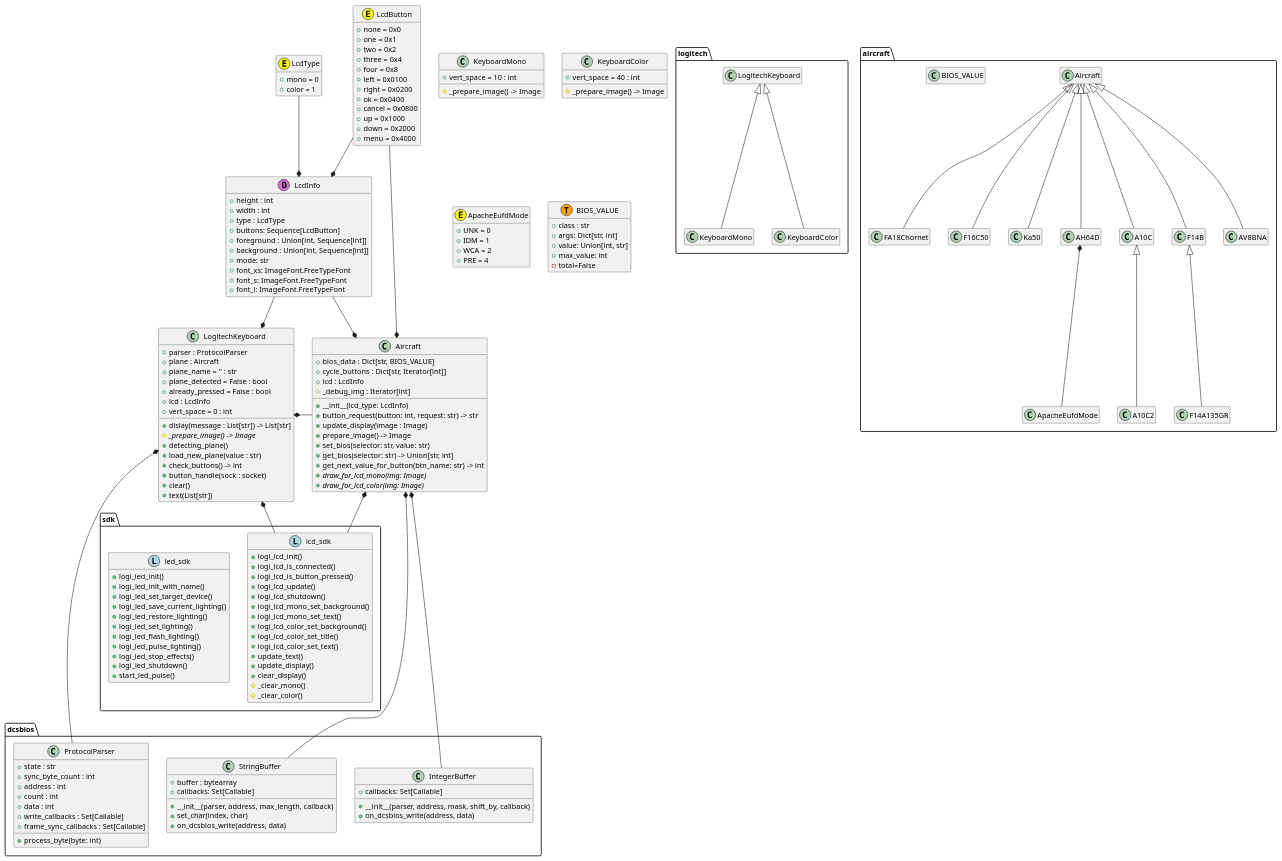
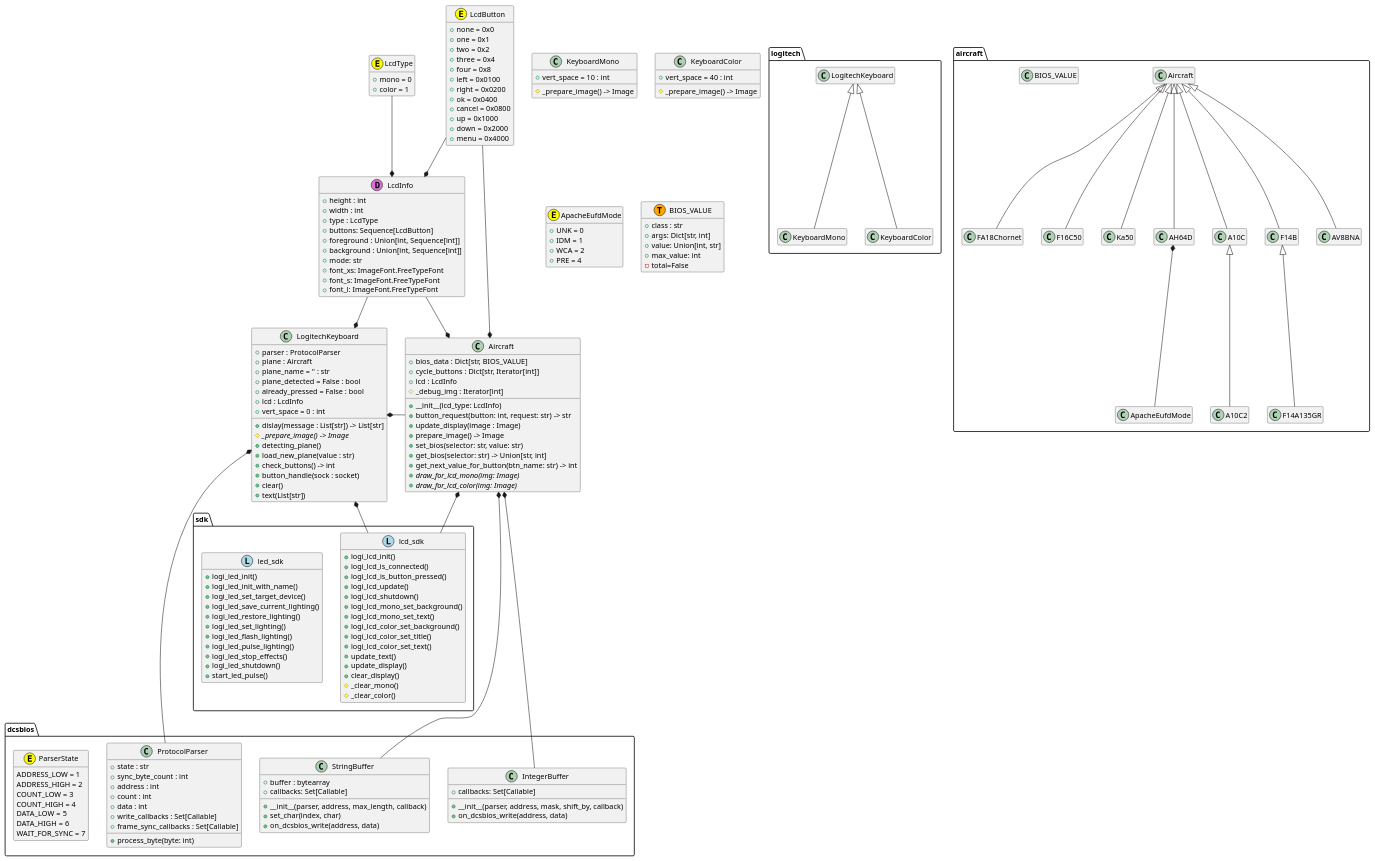
Before and after one commit to emcek/dcspy: the diagram in uml/classes.puml, drawn with PlantUML.

Commit message:
update UML

```diff
--- a/uml/classes.puml
+++ b/uml/classes.puml
@@ -1,188 +1,197 @@
 @startuml
 hide empty members
 
 package dcsbios {
     class ProtocolParser {
         + state : str
         + sync_byte_count : int
         + address : int
         + count : int
         + data : int
         + write_callbacks : Set[Callable]
         + frame_sync_callbacks : Set[Callable]
         + process_byte(byte: int)
     }
 
     class StringBuffer {
         + buffer : bytearray
         + callbacks: Set[Callable]
         + __init__(parser, address, max_length, callback)
         + set_char(index, char)
         + on_dcsbios_write(address, data)
     }
 
     class IntegerBuffer {
         + callbacks: Set[Callable]
         + __init__(parser, address, mask, shift_by, callback)
         + on_dcsbios_write(address, data)
+    }
+    class ParserState <<(E,yellow)>> {
+        ADDRESS_LOW = 1
+        ADDRESS_HIGH = 2
+        COUNT_LOW = 3
+        COUNT_HIGH = 4
+        DATA_LOW = 5
+        DATA_HIGH = 6
+        WAIT_FOR_SYNC = 7
     }
 }
 
 package logitech {
     LogitechKeyboard <|-- KeyboardMono
     LogitechKeyboard <|-- KeyboardColor
 }
 
 class LogitechKeyboard {
     + parser : ProtocolParser
     + plane : Aircraft
     + plane_name = '' : str
     + plane_detected = False : bool
     + already_pressed = False : bool
     + lcd : LcdInfo
     + vert_space = 0 : int
     + dislay(message : List[str]) -> List[str]
     # {abstract} _prepare_image() -> Image
     + detecting_plane()
     + load_new_plane(value : str)
     + check_buttons() -> int
     + button_handle(sock : socket)
     + clear()
     + text(List[str])
 }
 
 class KeyboardMono {
     + vert_space = 10 : int
     # _prepare_image() -> Image
 }
 
 class KeyboardColor {
     + vert_space = 40 : int
     # _prepare_image() -> Image
 }
 
 package aircraft {
   Aircraft <|-- FA18Chornet
   Aircraft <|-- F16C50
   Aircraft <|-- Ka50
   Aircraft <|-- AH64D
   Aircraft <|-- A10C
   A10C <|-- A10C2
   Aircraft <|-- F14B
   F14B <|-- F14A135GR
   Aircraft <|-- AV8BNA
   class BIOS_VALUE
   AH64D *-- ApacheEufdMode
 }
 
 class Aircraft {
     + bios_data : Dict[str, BIOS_VALUE]
     + cycle_buttons : Dict[str, Iterator[int]]
     + lcd : LcdInfo
     # _debug_img : Iterator[int]
     + __init__(lcd_type: LcdInfo)
     + button_request(button: int, request: str) -> str
     + update_display(image : Image)
     + prepare_image() -> Image
     + set_bios(selector: str, value: str)
     + get_bios(selector: str) -> Union[str, int]
     + get_next_value_for_button(btn_name: str) -> int
     + {abstract} draw_for_lcd_mono(img: Image)
     + {abstract} draw_for_lcd_color(img: Image)
 }
 
 class ApacheEufdMode <<(E,yellow)>> {
     + UNK = 0
     + IDM = 1
     + WCA = 2
     + PRE = 4
 }
 
 class BIOS_VALUE <<(T,orange)>> {
     + class : str
     + args: Dict[str, int]
     + value: Union[int, str]
     + max_value: int
     - total=False
 }
 
 class LcdInfo <<(D,orchid)>> {
     + height : int
     + width : int
     + type : LcdType
     + buttons: Sequence[LcdButton]
     + foreground : Union[int, Sequence[int]]
     + background : Union[int, Sequence[int]]
     + mode: str
     + font_xs: ImageFont.FreeTypeFont
     + font_s: ImageFont.FreeTypeFont
     + font_l: ImageFont.FreeTypeFont
 }
 
 class LcdType <<(E,yellow)>> {
     + mono = 0
     + color = 1
 }
 
 class LcdButton <<(E,yellow)>> {
     + none = 0x0
     + one = 0x1
     + two = 0x2
     + three = 0x4
     + four = 0x8
     + left = 0x0100
     + right = 0x0200
     + ok = 0x0400
     + cancel = 0x0800
     + up = 0x1000
     + down = 0x2000
     + menu = 0x4000
 }
 
 package sdk{
     class lcd_sdk <<(L,lightblue)>> {
         + logi_lcd_init()
         + logi_lcd_is_connected()
         + logi_lcd_is_button_pressed()
         + logi_lcd_update()
         + logi_lcd_shutdown()
         + logi_lcd_mono_set_background()
         + logi_lcd_mono_set_text()
         + logi_lcd_color_set_background()
         + logi_lcd_color_set_title()
         + logi_lcd_color_set_text()
         + update_text()
         + update_display()
         + clear_display()
         # _clear_mono()
         # _clear_color()
     }
     class led_sdk <<(L,lightblue)>> {
         + logi_led_init()
         + logi_led_init_with_name()
         + logi_led_set_target_device()
         + logi_led_save_current_lighting()
         + logi_led_restore_lighting()
         + logi_led_set_lighting()
         + logi_led_flash_lighting()
         + logi_led_pulse_lighting()
         + logi_led_stop_effects()
         + logi_led_shutdown()
         + start_led_pulse()
     }
 }
 
 LcdType --* LcdInfo
 LcdButton --* LcdInfo
 LcdButton --* Aircraft
 
 LogitechKeyboard *- Aircraft
 LcdInfo -* LogitechKeyboard
 LogitechKeyboard *--- ProtocolParser
 LogitechKeyboard *-- lcd_sdk
 
 LcdInfo --* Aircraft
 Aircraft *-- StringBuffer
 Aircraft *--- IntegerBuffer
 Aircraft *-- lcd_sdk
 @enduml
```
